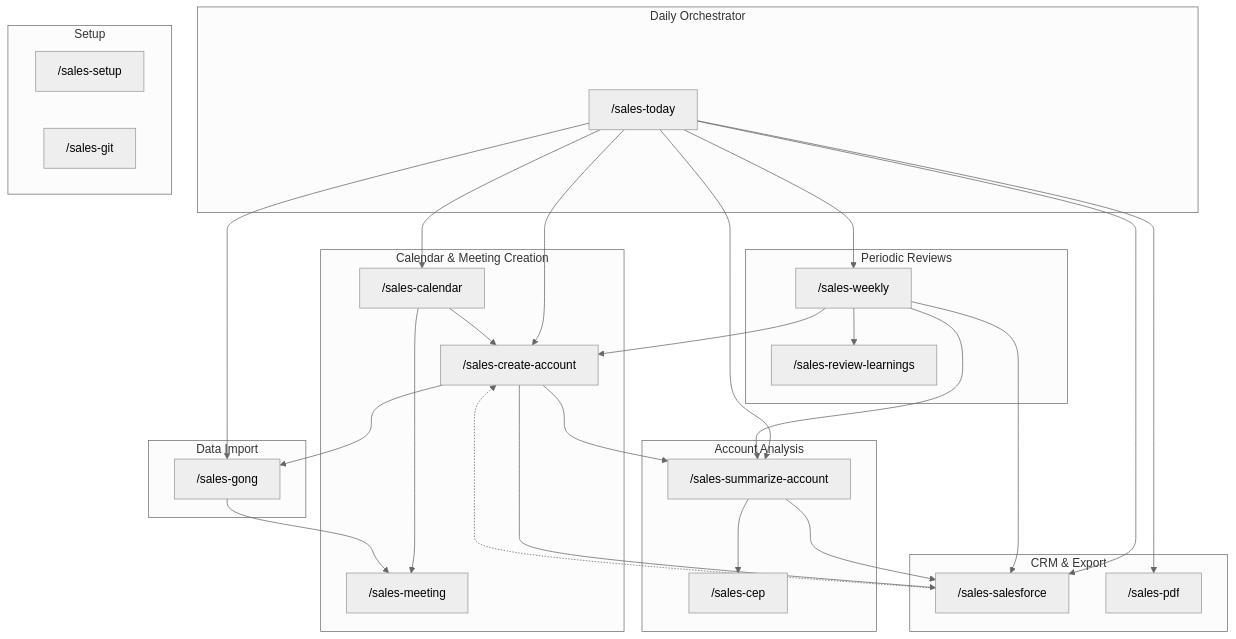
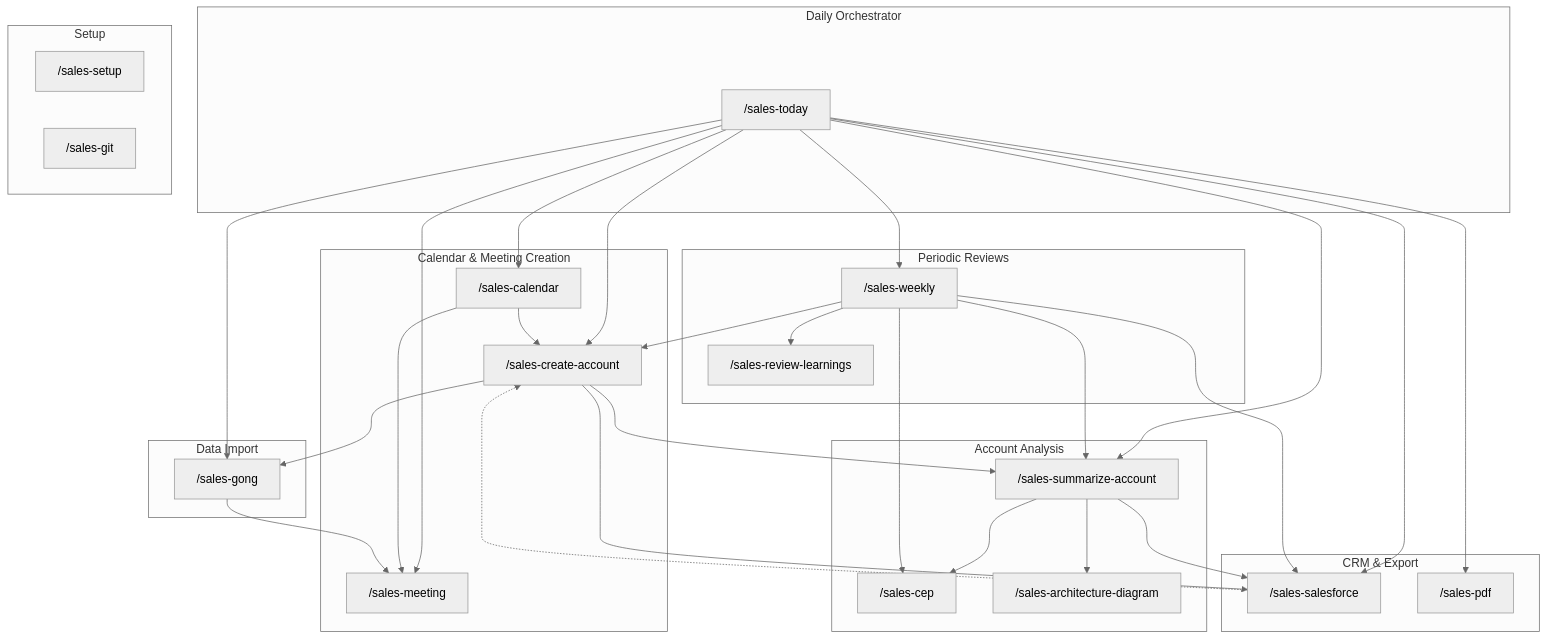
The first of 3 diagrams in README.md (yeutterg/claude-code-sales-skills), drawn with Mermaid (neutral theme) before and after one commit. The commit also changed other lines of this file and 3 other files, not shown here.

First line of the commit message:
sync: add sales-architecture-diagram skill, update README and dependency graph

````diff
--- a/README.md
+++ b/README.md
@@ -139,58 +147,62 @@
 ```mermaid
 graph TD
     subgraph "Daily Orchestrator"
         today["/sales-today"]
     end
 
     subgraph "Calendar & Meeting Creation"
         calendar["/sales-calendar"]
         meeting["/sales-meeting"]
         create["/sales-create-account"]
     end
 
     subgraph "Data Import"
         gong["/sales-gong"]
     end
 
     subgraph "Account Analysis"
         summarize["/sales-summarize-account"]
         cep["/sales-cep"]
+        archdiag["/sales-architecture-diagram"]
     end
 
     subgraph "CRM & Export"
         salesforce["/sales-salesforce"]
         pdf["/sales-pdf"]
     end
 
     subgraph "Periodic Reviews"
         weekly["/sales-weekly"]
         review["/sales-review-learnings"]
     end
 
     subgraph "Setup"
         setup["/sales-setup"]
         git["/sales-git"]
     end
 
     today --> calendar
+    today --> meeting
     today --> gong
     today --> summarize
     today --> salesforce
     today --> create
     today --> weekly
     today --> pdf
 
     calendar --> meeting
     calendar --> create
     create --> salesforce
     create --> gong
     create --> summarize
     gong --> meeting
     summarize --> cep
+    summarize --> archdiag
     summarize --> salesforce
     salesforce -.-> create
     weekly --> summarize
     weekly --> salesforce
+    weekly --> cep
     weekly --> create
     weekly --> review
 ```
````
